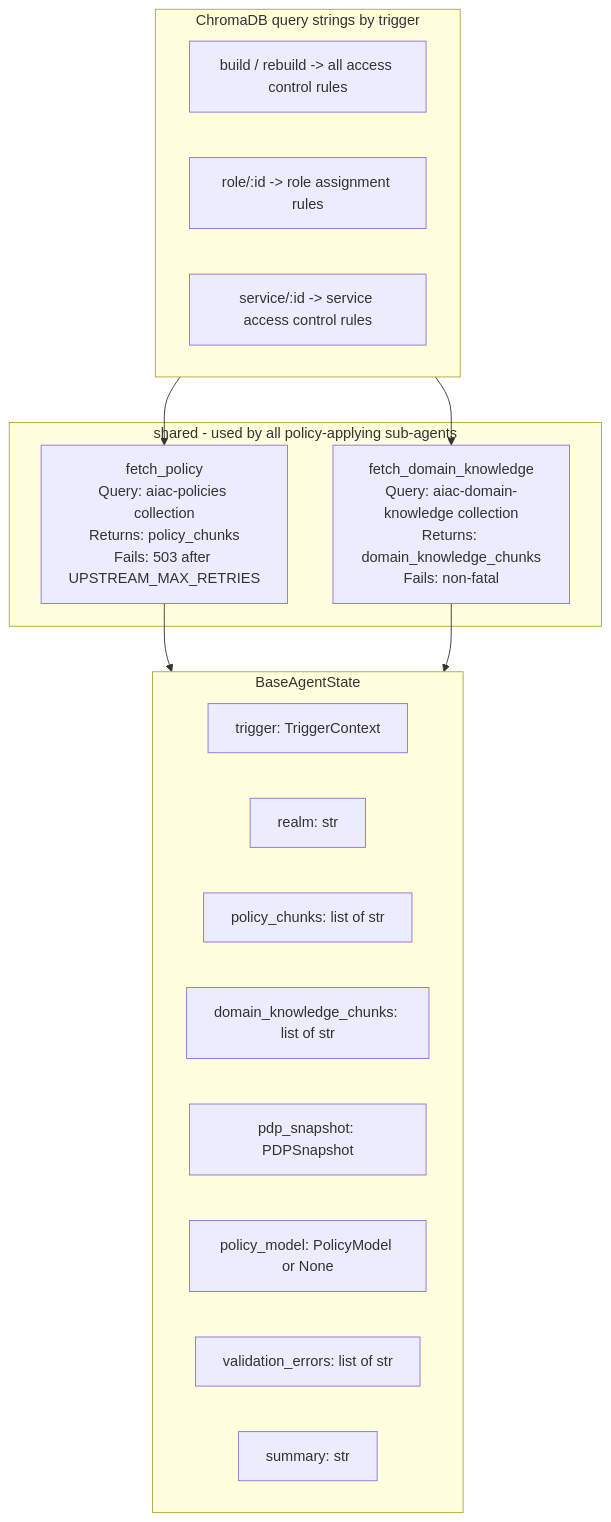
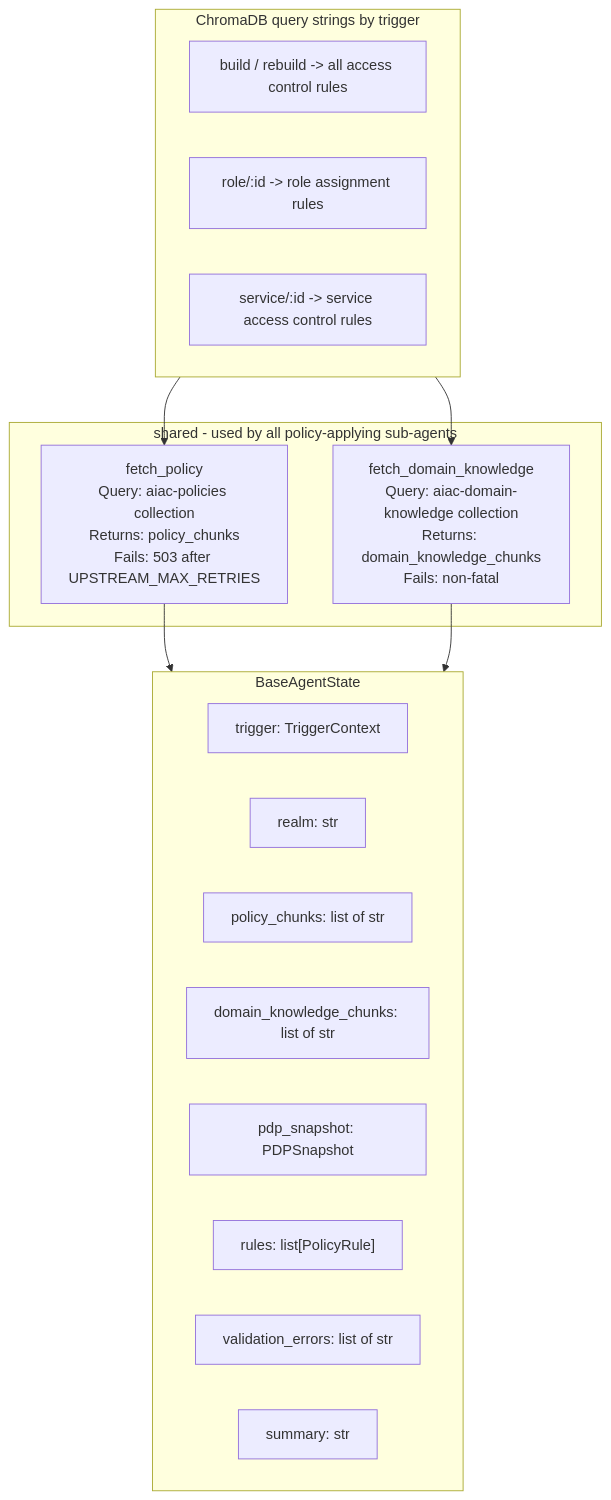
One commit to rossoctl/aiac changed the second of 4 diagrams in inception/requirements/components/aiac-agent.md. Above: the diagram before and after it, drawn with Mermaid. The commit also changed other lines of this file and 7 other files, not shown here.

First line of the commit message:
docs(aiac-agent): replace PolicyBuilder TBD with SharedApplyGraph and compute_and_apply(rules)

````diff
--- a/inception/requirements/components/aiac-agent.md
+++ b/inception/requirements/components/aiac-agent.md
@@ -137,28 +135,28 @@
 ```mermaid
 flowchart TD
     subgraph SHARED["shared - used by all policy-applying sub-agents"]
         FP["fetch_policy\nQuery: aiac-policies collection\nReturns: policy_chunks\nFails: 503 after UPSTREAM_MAX_RETRIES"]
         FDK["fetch_domain_knowledge\nQuery: aiac-domain-knowledge collection\nReturns: domain_knowledge_chunks\nFails: non-fatal"]
     end
 
     subgraph STATE["BaseAgentState"]
         S1["trigger: TriggerContext"]
         S2["realm: str"]
         S3["policy_chunks: list of str"]
         S4["domain_knowledge_chunks: list of str"]
         S5["pdp_snapshot: PDPSnapshot"]
-        S6["policy_model: PolicyModel or None"]
+        S6["rules: list[PolicyRule]"]
         S7["validation_errors: list of str"]
         S8["summary: str"]
     end
 
     subgraph QUERY_KEYS["ChromaDB query strings by trigger"]
         Q1["build / rebuild -> all access control rules"]
         Q2["role/:id -> role assignment rules"]
         Q3["service/:id -> service access control rules"]
     end
 
     FP & FDK --> STATE
     QUERY_KEYS --> FP
     QUERY_KEYS --> FDK
 ```
````
